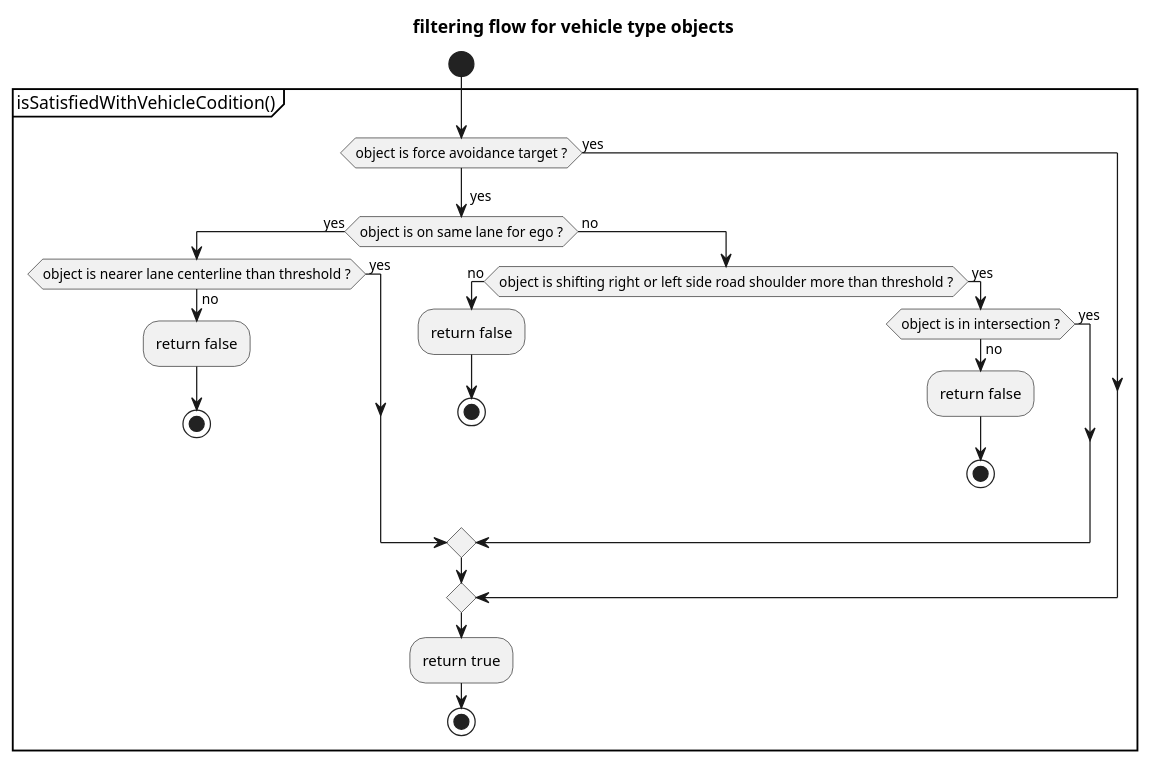
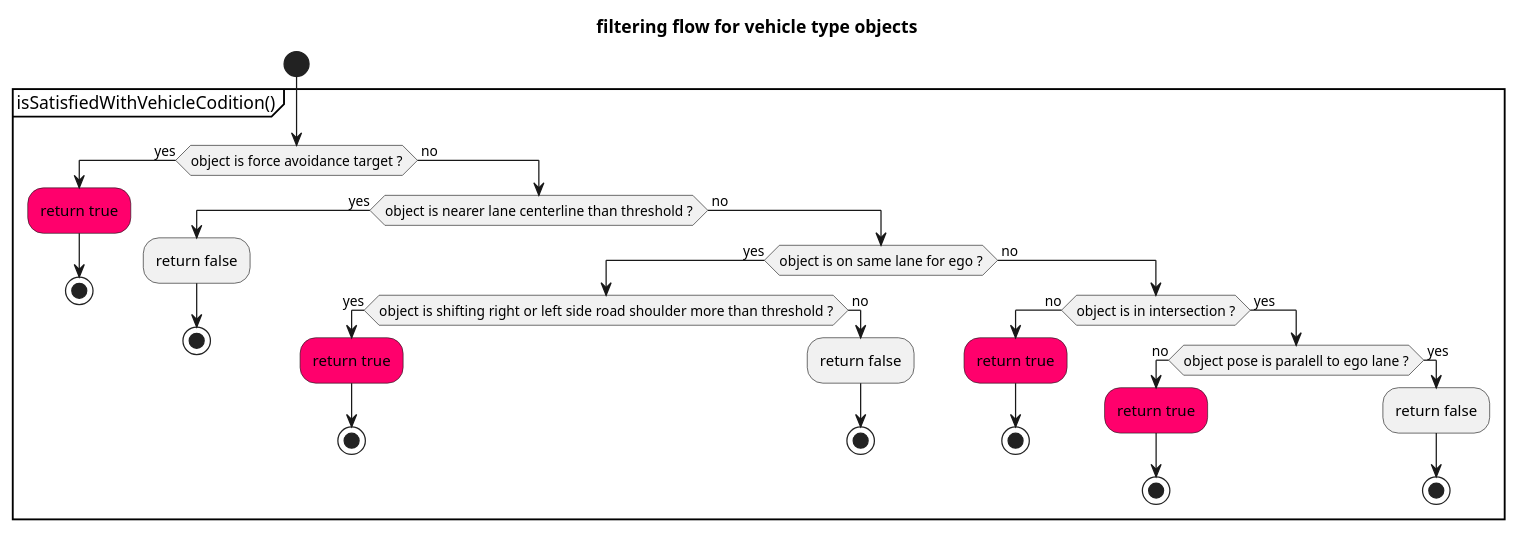
One commit to autowarefoundation/autoware.universe changed the fourth of 6 diagrams in planning/behavior_path_planner/docs/behavior_path_planner_avoidance_design.md. Above: the diagram before and after it, drawn with PlantUML. The commit also changed other lines of this file and 6 other files, not shown here.

````diff
--- a/planning/behavior_path_planner/docs/behavior_path_planner_avoidance_design.md
+++ b/planning/behavior_path_planner/docs/behavior_path_planner_avoidance_design.md
@@ -290,37 +288,45 @@
 ```plantuml
 @startuml
-skinparam monochrome true
 skinparam defaultTextAlignment center
 skinparam noteTextAlignment left
 
 title filtering flow for vehicle type objects
 start
 
 partition isSatisfiedWithVehicleCodition() {
 if(object is force avoidance target ?) then (yes)
-else (\n yes)
-if(object is on same lane for ego ?) then (yes)
-if(object is nearer lane centerline than threshold ?) then (no)
+#FF006C :return true;
+stop
+else (\n no)
+if(object is nearer lane centerline than threshold ?) then (yes)
 :return false;
 stop
-else (\n yes)
+else (\n no)
+if(object is on same lane for ego ?) then (yes)
+if(object is shifting right or left side road shoulder more than threshold ?) then (yes)
+#FF006C :return true;
+stop
+else (\n no)
+:return false;
+stop
 endif
 else (\n no)
-if(object is shifting right or left side road shoulder more than threshold ?) then (no)
+if(object is in intersection ?) then (no)
+#FF006C :return true;
+stop
+else (\n yes)
+if(object pose is paralell to ego lane ?) then (no)
+#FF006C :return true;
+stop
+else (\n yes)
 :return false;
 stop
-else (\n yes)
-if(object is in intersection ?) then (no)
-:return false;
-stop
-else (\n yes)
 endif
 endif
 endif
 endif
-:return true;
-stop
+endif
 }
 
 @enduml
 ```
````
